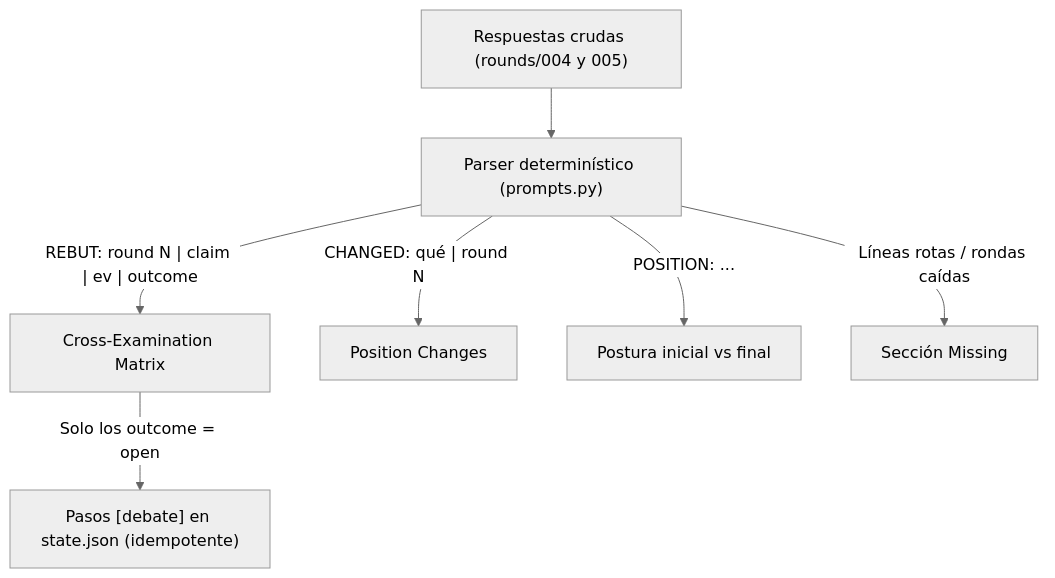
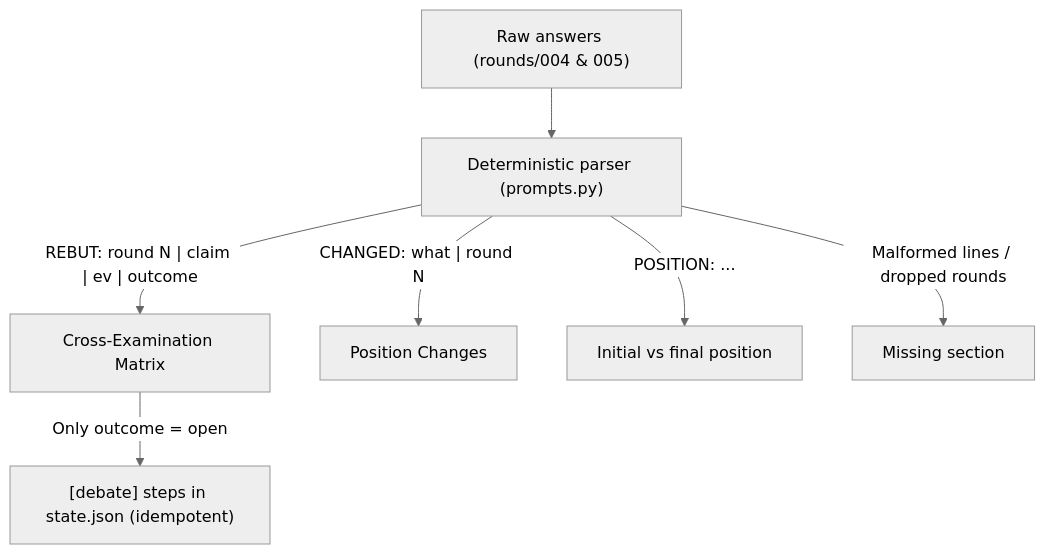
The third of 3 diagrams in docs/motor-vs-skills.md (EzeCuccorese/ia-spec-ops-engine), drawn with Mermaid (neutral theme) before and after one commit. The commit also changed other lines of this file and 2 other files, not shown here.

````diff
--- a/docs/motor-vs-skills.md
+++ b/docs/motor-vs-skills.md
@@ -101,9 +101,9 @@
 ```mermaid
 flowchart TD
-    R["Respuestas crudas (rounds/004 y 005)"] --> P["Parser determinístico (prompts.py)"]
+    R["Raw answers (rounds/004 & 005)"] --> P["Deterministic parser (prompts.py)"]
     P -->|"REBUT: round N | claim | ev | outcome"| M["Cross-Examination Matrix"]
-    P -->|"CHANGED: qué | round N"| C["Position Changes"]
-    P -->|"POSITION: ..."| F["Postura inicial vs final"]
-    P -->|"Líneas rotas / rondas caídas"| X["Sección Missing"]
-    M -->|"Solo los outcome = open"| S["Pasos [debate] en state.json (idempotente)"]
+    P -->|"CHANGED: what | round N"| C["Position Changes"]
+    P -->|"POSITION: ..."| F["Initial vs final position"]
+    P -->|"Malformed lines / dropped rounds"| X["Missing section"]
+    M -->|"Only outcome = open"| S["[debate] steps in state.json (idempotent)"]
 ```
````
